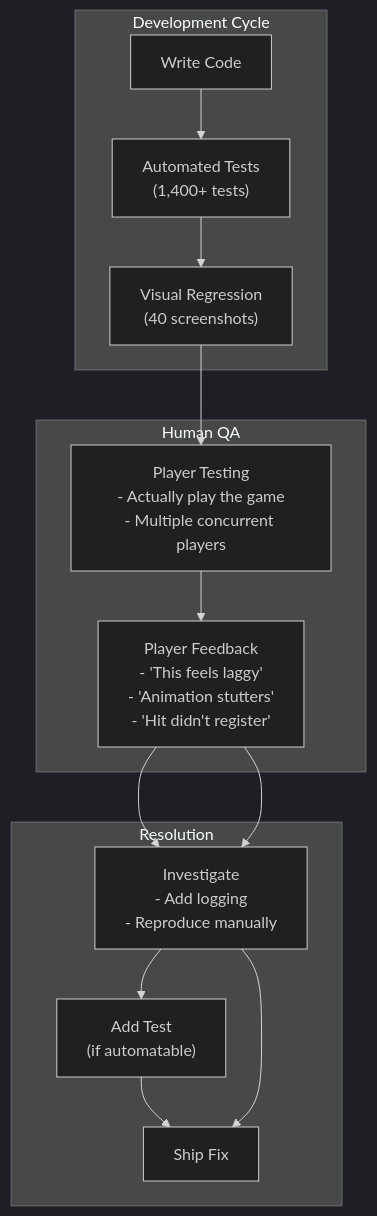
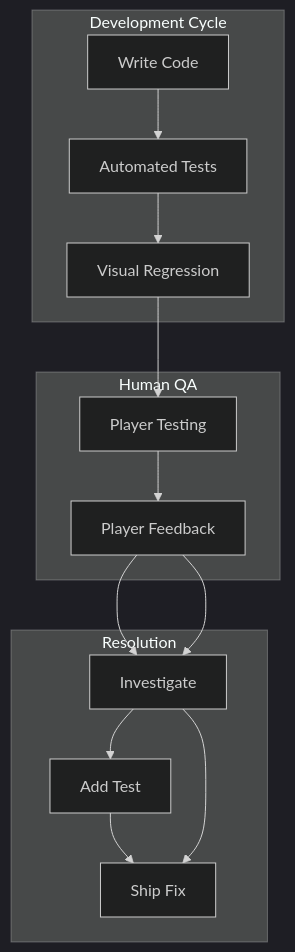
One commit to mtomcal/stick-rumble changed the seventh of 8 diagrams in docs/TESTING-STRATEGY.md. Above: the diagram before and after it, drawn with Mermaid (dark theme). The commit also changed other lines of this file and 2 other files, not shown here.

First line of the commit message:
docs: Fix Mermaid diagrams for GitHub rendering

````diff
--- a/docs/TESTING-STRATEGY.md
+++ b/docs/TESTING-STRATEGY.md
@@ -483,24 +483,24 @@
 ```mermaid
 flowchart TB
     subgraph Development["Development Cycle"]
         Code["Write Code"]
-        Auto["Automated Tests\n(1,400+ tests)"]
-        Visual["Visual Regression\n(40 screenshots)"]
+        Auto["Automated Tests"]
+        Visual["Visual Regression"]
     end
 
     subgraph QA["Human QA"]
-        Play["Player Testing\n- Actually play the game\n- Multiple concurrent players"]
-        Feedback["Player Feedback\n- 'This feels laggy'\n- 'Animation stutters'\n- 'Hit didn't register'"]
+        Play["Player Testing"]
+        Feedback["Player Feedback"]
     end
 
     subgraph Fix["Resolution"]
-        Investigate["Investigate\n- Add logging\n- Reproduce manually"]
-        NewTest["Add Test\n(if automatable)"]
+        Investigate["Investigate"]
+        NewTest["Add Test"]
         Ship["Ship Fix"]
     end
 
     Code --> Auto --> Visual --> Play
     Play --> Feedback
     Feedback --> Investigate --> NewTest --> Ship
     Feedback --> Investigate --> Ship
 ```
````
